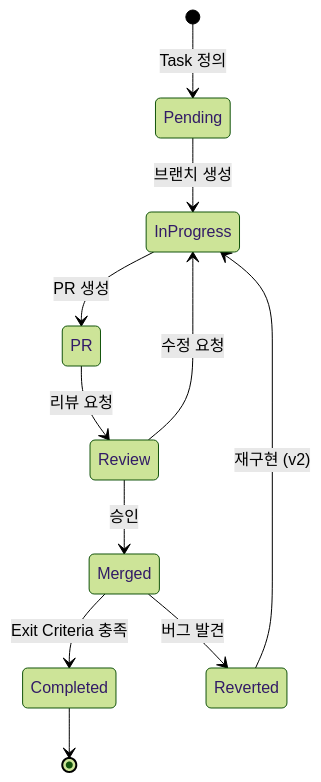
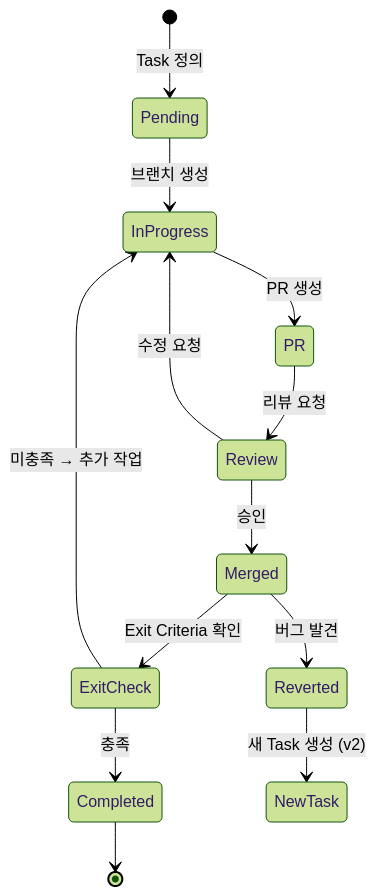
The fifth of 10 diagrams in docs/workflow.md (cagojeiger/code-hub), drawn with Mermaid (forest theme) before and after one commit. The commit also changed other lines of this file, not shown here.

````diff
--- a/docs/workflow.md
+++ b/docs/workflow.md
@@ -109,20 +192,24 @@
 ```mermaid
 stateDiagram-v2
     [*] --> Pending: Task 정의
 
     Pending --> InProgress: 브랜치 생성
 
     InProgress --> PR: PR 생성
 
     PR --> Review: 리뷰 요청
 
     Review --> Merged: 승인
     Review --> InProgress: 수정 요청
 
-    Merged --> Completed: Exit Criteria 충족
+    Merged --> ExitCheck: Exit Criteria 확인
+
+    ExitCheck --> Completed: 충족
+    ExitCheck --> InProgress: 미충족 → 추가 작업
+
     Merged --> Reverted: 버그 발견
 
-    Reverted --> InProgress: 재구현 (v2)
+    Reverted --> NewTask: 새 Task 생성 (v2)
 
     Completed --> [*]
 ```
````
